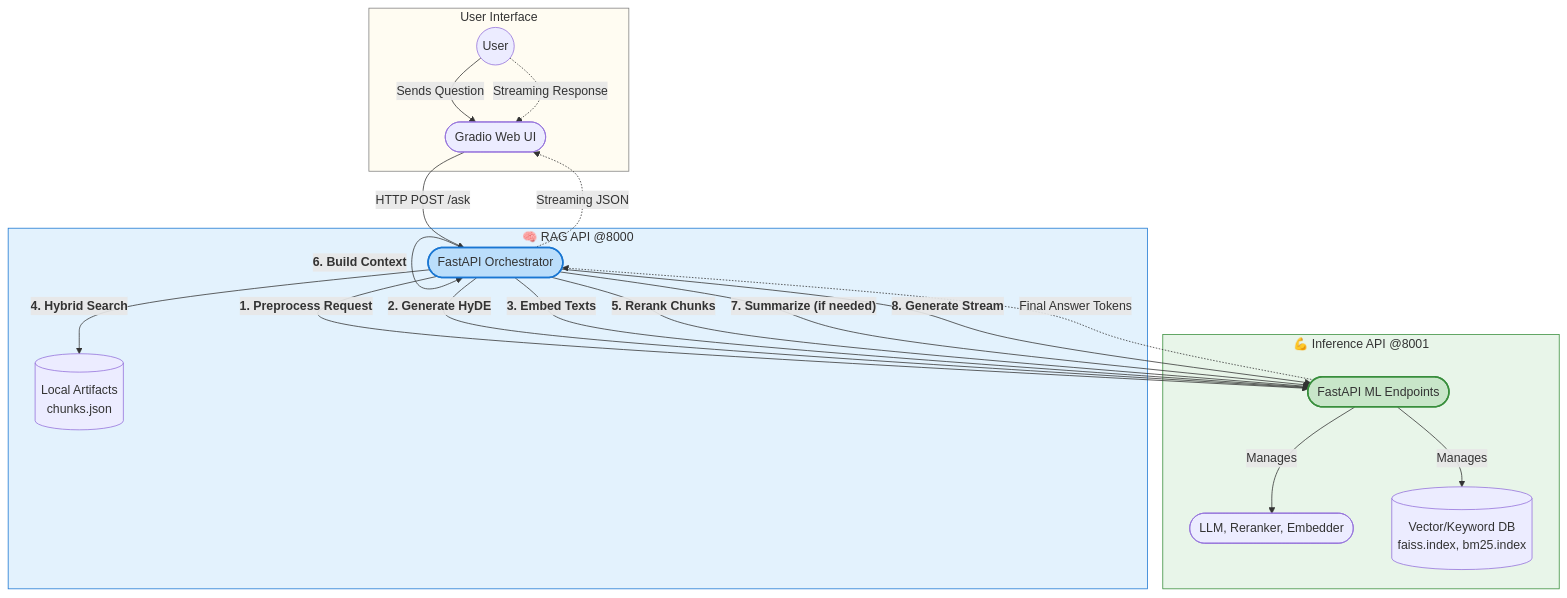
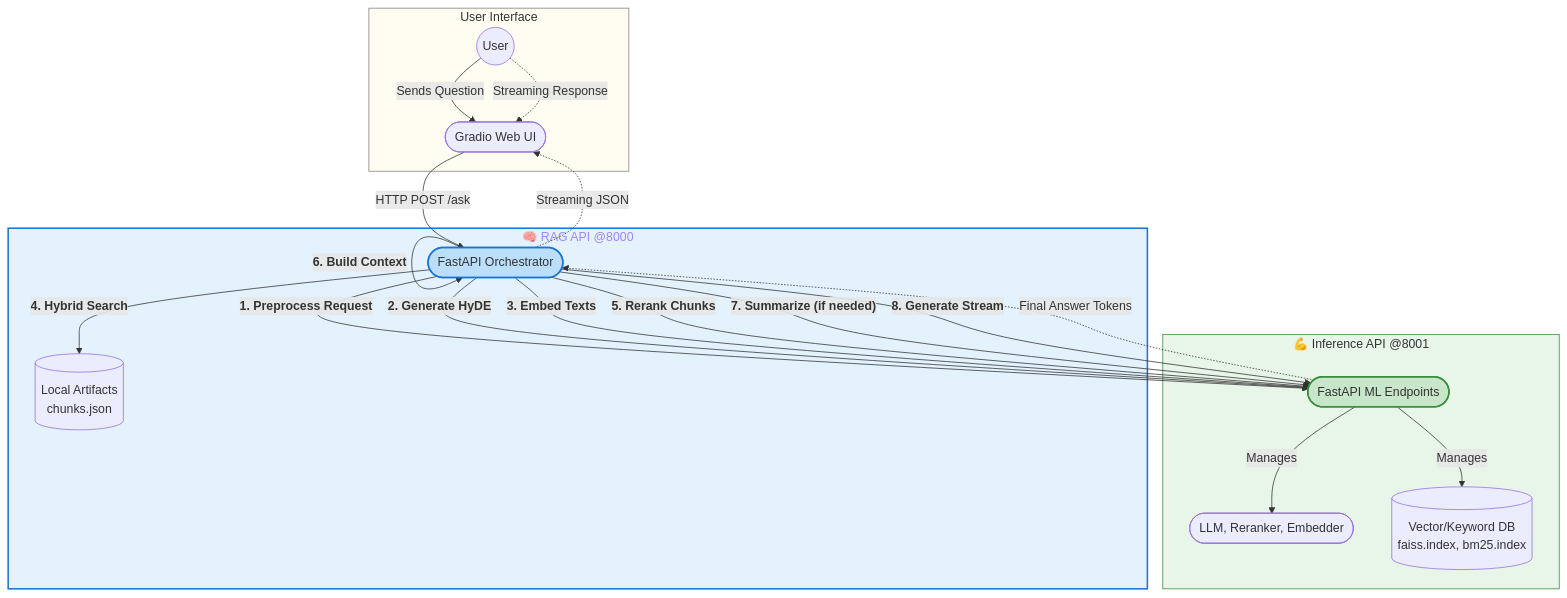
One commit to KareemSayed1232/Decoupled-Adaptive-RAG-Engine changed the diagram in README.md. Above: the diagram before and after it, drawn with Mermaid. The commit also changed other lines of this file, not shown here.

````diff
--- a/README.md
+++ b/README.md
@@ -30,55 +31,48 @@
 ```mermaid
 flowchart TD
   %% Define subgraphs and nodes first for clarity
   subgraph UI["User Interface"]
     U(("User"))
     GD(["Gradio Web UI"])
   end
 
   subgraph RAG["🧠 RAG API @8000"]
     RagApp(["FastAPI Orchestrator"])
     RAG_DB[("Local Artifacts\nchunks.json")]
   end
 
   subgraph INF["💪 Inference API @8001"]
     IA(["FastAPI ML Endpoints"]) 
     Models(["LLM, Reranker, Embedder"])
     DB[("Vector/Keyword DB\nfaiss.index, bm25.index")]
   end
 
-  %% Define connections between nodes
   U -- Sends Question --> GD
   GD -- HTTP POST /ask --> RagApp
   
-  %% Orchestrator Logic Flow
   RagApp -- "<b>1. Preprocess Request</b>" --> IA
   RagApp -- "<b>2. Generate HyDE</b>" --> IA
   RagApp -- "<b>3. Embed Texts</b>" --> IA
   RagApp -- "<b>4. Hybrid Search</b>" --> RAG_DB
   RagApp -- "<b>5. Rerank Chunks</b>" --> IA
   RagApp -- "<b>6. Build Context</b>" --> RagApp
   RagApp -- "<b>7. Summarize (if needed)</b>" --> IA
   RagApp -- "<b>8. Generate Stream</b>" --> IA
   
   %% Internal Management in Inference API
   IA -- Manages --> Models
   IA -- Manages --> DB
   
   %% Streaming Data Flow
   U -. Streaming Response .-> GD
   RagApp -. Streaming JSON .-> GD
   IA -. Final Answer Tokens .-> RagApp
 
-  %% Styling for Subgraphs (no rounding possible here)
+  %% Styling
+  style RagApp fill:#bbdefb,stroke:#1976d2,stroke-width:2px
+  style IA fill:#c8e6c9,stroke:#388e3c,stroke-width:2px
   style UI fill:#fffcf2,stroke:#808080,stroke-width:1px
-  style RAG fill:#e3f2fd,stroke:#1976d2,stroke-width:1px
   style INF fill:#e8f5e9,stroke:#388e3c,stroke-width:1px
+	style RAG fill:#e3f2fd,stroke:#1976d2,stroke-width:2px,color:#a185ff
 
-  %% Styling for Nodes (ADDING ROUNDED CORNERS HERE)
-  style GD rx:10px, ry:10px
-  style RagApp fill:#bbdefb,stroke:#1976d2,stroke-width:2px,rx:10px,ry:10px
-  style RAG_DB rx:10px, ry:10px
-  style IA fill:#c8e6c9,stroke:#388e3c,stroke-width:2px,rx:10px,ry:10px
-  style Models rx:10px, ry:10px
-  style DB rx:10px, ry:10px
 ```
````
